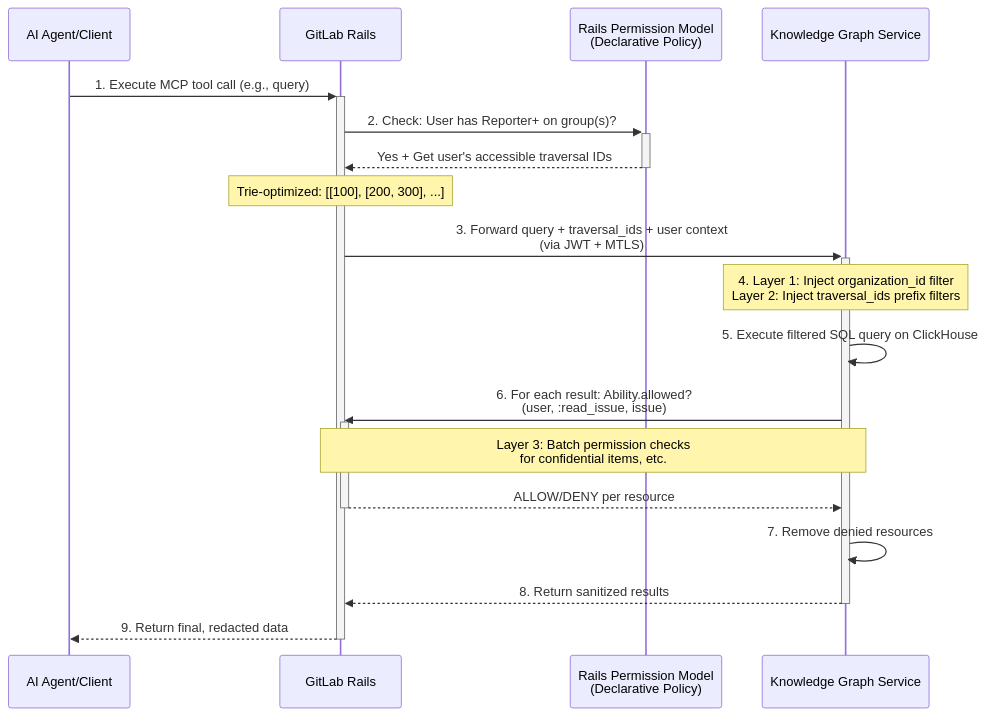
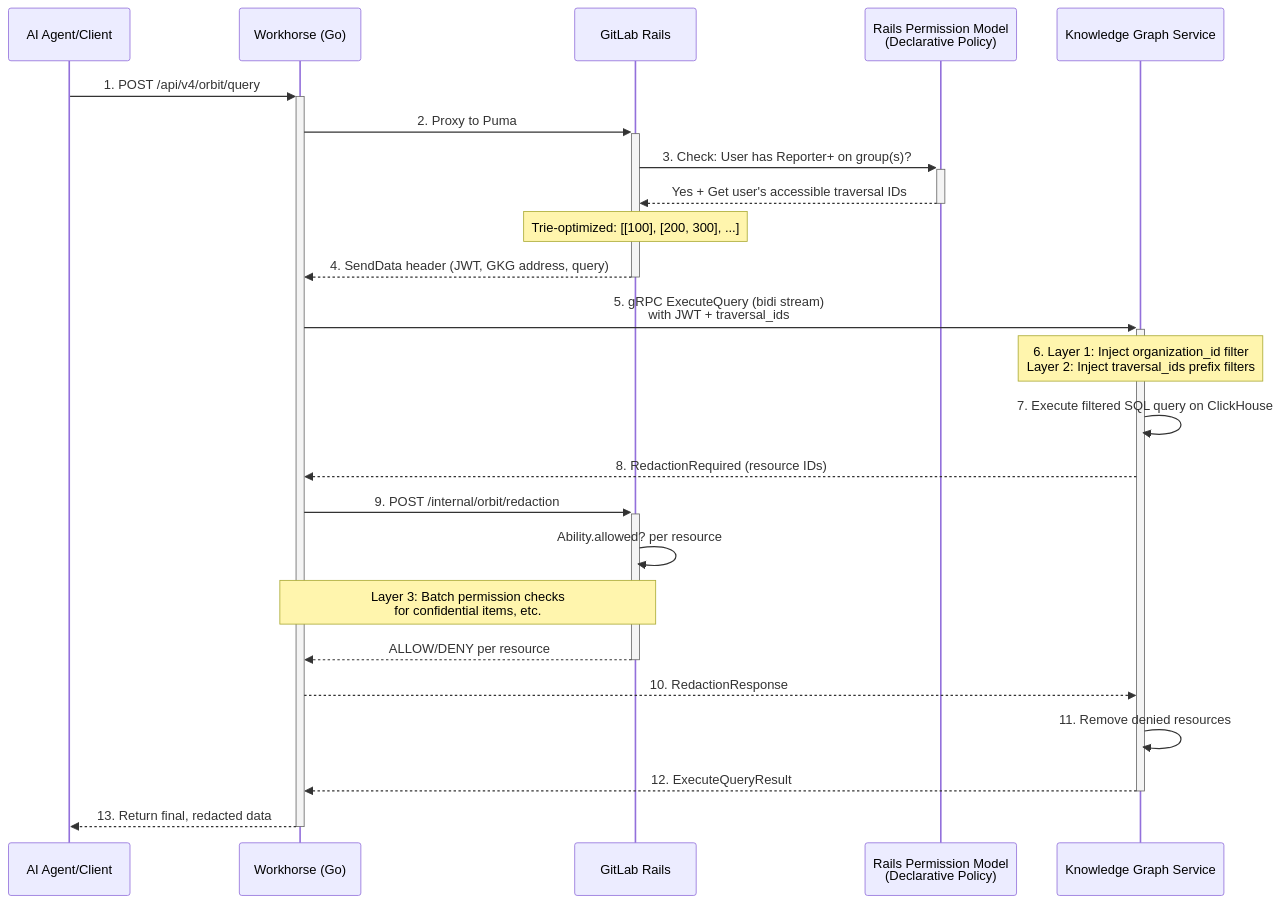
The first of 4 diagrams in docs/design-documents/security.md (gitlabhq/orbit-knowledge-graph), drawn with Mermaid before and after one commit. The commit also changed other lines of this file and 1 other file, not shown here.

First line of the commit message:
docs: update ADR 008 and security doc for Workhorse query acceleration

````diff
--- a/docs/design-documents/security.md
+++ b/docs/design-documents/security.md
@@ -26,24 +26,30 @@
 ```mermaid
 sequenceDiagram
     participant Client as AI Agent/Client
+    participant Workhorse as Workhorse (Go)
     participant Rails as GitLab Rails
     participant AuthZ as Rails Permission Model<br/>(Declarative Policy)
     participant GKG as Knowledge Graph Service
 
-    Client->>+Rails: 1. Execute MCP tool call (e.g., query)
-    Rails->>+AuthZ: 2. Check: User has Reporter+ on group(s)?
+    Client->>+Workhorse: 1. POST /api/v4/orbit/query
+    Workhorse->>+Rails: 2. Proxy to Puma
+    Rails->>+AuthZ: 3. Check: User has Reporter+ on group(s)?
     AuthZ-->>-Rails: Yes + Get user's accessible traversal IDs
     Note over Rails: Trie-optimized: [[100], [200, 300], ...]
+    Rails-->>-Workhorse: 4. SendData header (JWT, GKG address, query)
 
-    Rails->>+GKG: 3. Forward query + traversal_ids + user context<br/>(via JWT + MTLS)
-    Note over GKG: 4. Layer 1: Inject organization_id filter<br/>Layer 2: Inject traversal_ids prefix filters
-    GKG->>GKG: 5. Execute filtered SQL query on ClickHouse
+    Workhorse->>+GKG: 5. gRPC ExecuteQuery (bidi stream)<br/>with JWT + traversal_ids
+    Note over GKG: 6. Layer 1: Inject organization_id filter<br/>Layer 2: Inject traversal_ids prefix filters
+    GKG->>GKG: 7. Execute filtered SQL query on ClickHouse
 
-    GKG->>+Rails: 6. For each result: Ability.allowed?<br/>(user, :read_issue, issue)
-    Note over GKG, Rails: Layer 3: Batch permission checks<br/>for confidential items, etc.
-    Rails-->>-GKG: ALLOW/DENY per resource
+    GKG-->>Workhorse: 8. RedactionRequired (resource IDs)
+    Workhorse->>+Rails: 9. POST /internal/orbit/redaction
+    Rails->>Rails: Ability.allowed? per resource
+    Note over Workhorse, Rails: Layer 3: Batch permission checks<br/>for confidential items, etc.
+    Rails-->>-Workhorse: ALLOW/DENY per resource
+    Workhorse-->>GKG: 10. RedactionResponse
 
-    GKG->>GKG: 7. Remove denied resources
-    GKG-->>-Rails: 8. Return sanitized results
-    Rails-->>-Client: 9. Return final, redacted data
+    GKG->>GKG: 11. Remove denied resources
+    GKG-->>-Workhorse: 12. ExecuteQueryResult
+    Workhorse-->>-Client: 13. Return final, redacted data
 ```
````
